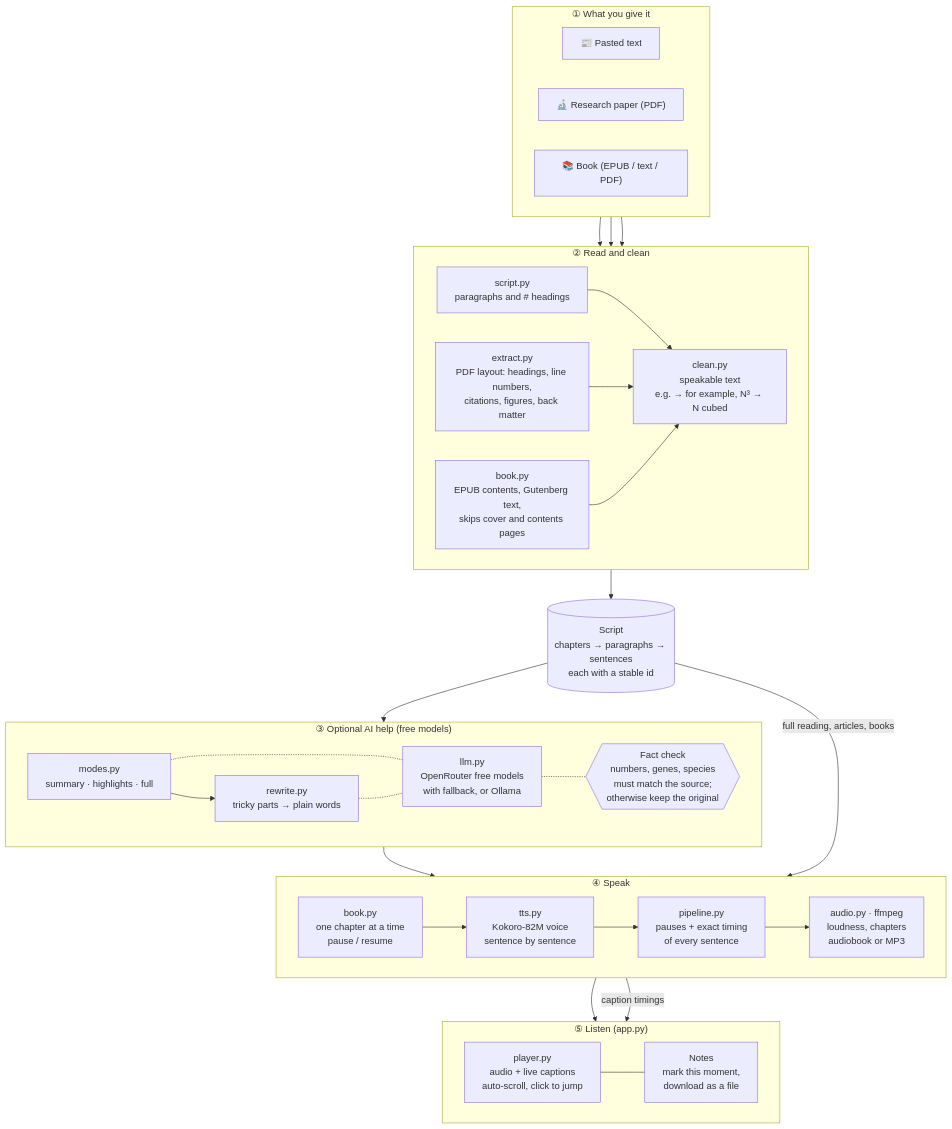
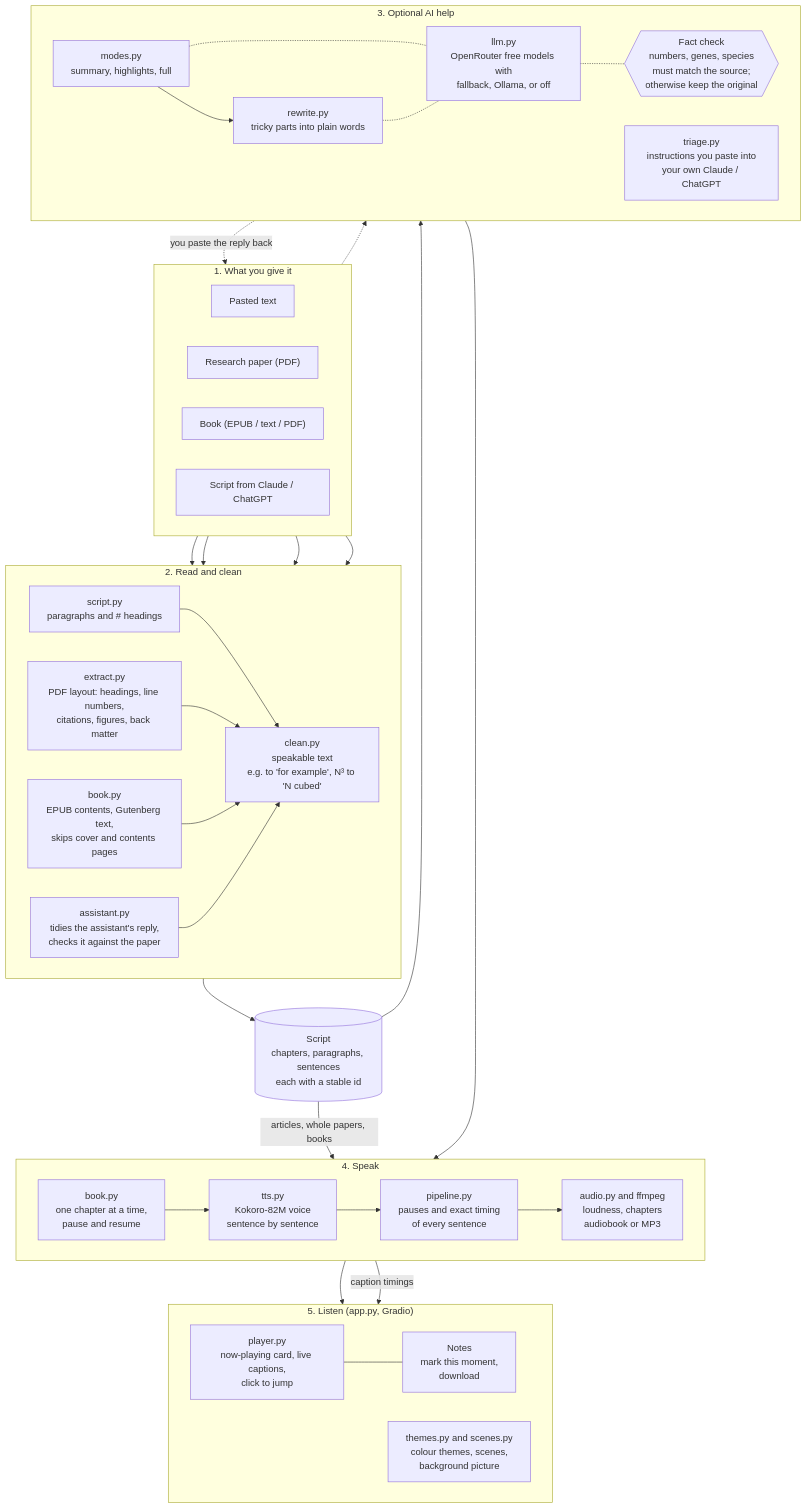
The diagram in README.md (bbijjam/Tex2vois), drawn with Mermaid before and after one commit. The commit also changed other lines of this file and 2 other files, not shown here.

First line of the commit message:
Rewrite README; add one-command setup.sh and run.sh

````diff
--- a/README.md
+++ b/README.md
@@ -13,60 +71,67 @@
 ```mermaid
 flowchart TB
-    subgraph IN["① What you give it"]
+    subgraph IN["1. What you give it"]
         direction LR
-        A["📰 Pasted text"]
-        P["🔬 Research paper (PDF)"]
-        B["📚 Book (EPUB / text / PDF)"]
+        A["Pasted text"]
+        P["Research paper (PDF)"]
+        B["Book (EPUB / text / PDF)"]
+        AS["Script from Claude / ChatGPT"]
     end
 
-    subgraph READ["② Read and clean"]
+    subgraph READ["2. Read and clean"]
         direction LR
         T["script.py<br/>paragraphs and # headings"]
         X["extract.py<br/>PDF layout: headings, line numbers,<br/>citations, figures, back matter"]
         E["book.py<br/>EPUB contents, Gutenberg text,<br/>skips cover and contents pages"]
-        C["clean.py<br/>speakable text<br/>e.g. → for example, N³ → N cubed"]
+        PA["assistant.py<br/>tidies the assistant's reply,<br/>checks it against the paper"]
+        C["clean.py<br/>speakable text<br/>e.g. to 'for example', N³ to 'N cubed'"]
         T --> C
         X --> C
         E --> C
     end
 
-    S[("Script<br/>chapters → paragraphs → sentences<br/>each with a stable id")]
+    S[("Script<br/>chapters, paragraphs, sentences<br/>each with a stable id")]
 
-    subgraph AI["③ Optional AI help (free models)"]
+    subgraph AI["3. Optional AI help"]
         direction LR
-        M["modes.py<br/>summary · highlights · full"]
-        R["rewrite.py<br/>tricky parts → plain words"]
-        L["llm.py<br/>OpenRouter free models<br/>with fallback, or Ollama"]
+        M["modes.py<br/>summary, highlights, full"]
+        R["rewrite.py<br/>tricky parts into plain words"]
+        L["llm.py<br/>OpenRouter free models with<br/>fallback, Ollama, or off"]
         G{{"Fact check<br/>numbers, genes, species<br/>must match the source;<br/>otherwise keep the original"}}
+        TR["triage.py<br/>instructions you paste into<br/>your own Claude / ChatGPT"]
         M --> R
         M -.- L
         R -.- L
         L -.- G
     end
 
-    subgraph SPEAK["④ Speak"]
+    subgraph SPEAK["4. Speak"]
         direction LR
-        J["book.py<br/>one chapter at a time<br/>pause / resume"]
+        J["book.py<br/>one chapter at a time,<br/>pause and resume"]
         K["tts.py<br/>Kokoro-82M voice<br/>sentence by sentence"]
-        Q["pipeline.py<br/>pauses + exact timing<br/>of every sentence"]
-        O["audio.py · ffmpeg<br/>loudness, chapters<br/>audiobook or MP3"]
+        Q["pipeline.py<br/>pauses and exact timing<br/>of every sentence"]
+        O["audio.py and ffmpeg<br/>loudness, chapters<br/>audiobook or MP3"]
         J --> K --> Q --> O
     end
 
-    subgraph UI["⑤ Listen (app.py)"]
+    subgraph UI["5. Listen (app.py, Gradio)"]
         direction LR
-        PL["player.py<br/>audio + live captions<br/>auto-scroll, click to jump"]
-        N["Notes<br/>mark this moment,<br/>download as a file"]
+        PL["player.py<br/>now-playing card, live captions,<br/>click to jump"]
+        N["Notes<br/>mark this moment,<br/>download"]
+        TH["themes.py and scenes.py<br/>colour themes, scenes,<br/>background picture"]
         PL --- N
     end
 
     A --> T
     P --> X
     B --> E
+    AS --> PA --> C
+    P -.-> TR
+    TR -.->|"you paste the reply back"| AS
     C --> S
     S --> AI
     AI --> SPEAK
-    S -->|"full reading, articles, books"| SPEAK
+    S -->|"articles, whole papers, books"| SPEAK
     O --> PL
     Q -->|"caption timings"| PL
 ```
````
